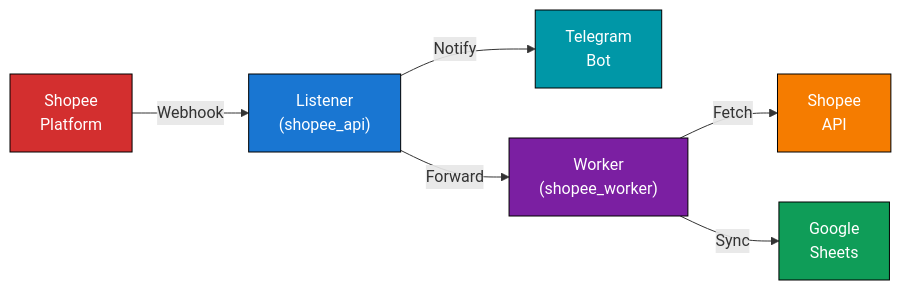
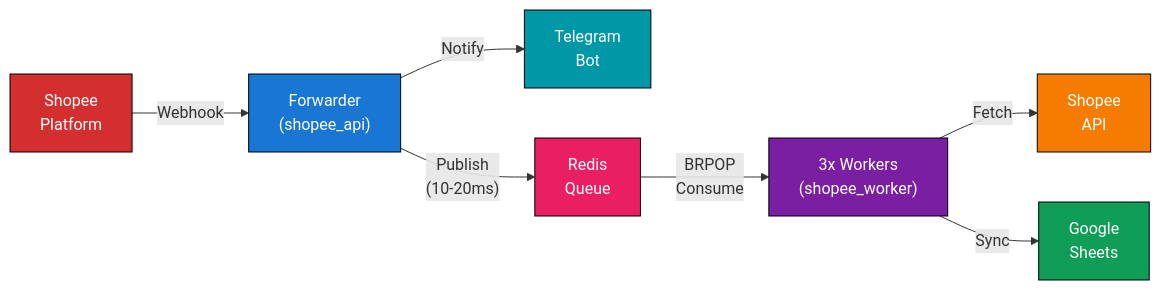
The first of 2 diagrams in README.md (xKeNcHii/shopee-webhook-receiver), drawn with Mermaid before and after one commit. The commit also changed other lines of this file and 18 other files, not shown here.

````diff
--- a/README.md
+++ b/README.md
@@ -29,15 +32,17 @@
 ```mermaid
 graph LR
-    A["Shopee<br/>Platform"] -->|Webhook| B["Listener<br/>(shopee_api)"]
+    A["Shopee<br/>Platform"] -->|Webhook| B["Forwarder<br/>(shopee_api)"]
     B -->|Notify| C["Telegram<br/>Bot"]
-    B -->|Forward| D["Worker<br/>(shopee_worker)"]
-    D -->|Fetch| E["Shopee<br/>API"]
-    D -->|Sync| F["Google<br/>Sheets"]
+    B -->|"Publish<br/>(10-20ms)"| D["Redis<br/>Queue"]
+    D -->|"BRPOP<br/>Consume"| E["3x Workers<br/>(shopee_worker)"]
+    E -->|Fetch| F["Shopee<br/>API"]
+    E -->|Sync| G["Google<br/>Sheets"]
 
     style A fill:#d32f2f,stroke:#000,color:#fff
     style B fill:#1976d2,stroke:#000,color:#fff
     style C fill:#0097a7,stroke:#000,color:#fff
-    style D fill:#7b1fa2,stroke:#000,color:#fff
-    style E fill:#f57c00,stroke:#000,color:#fff
-    style F fill:#0f9d58,stroke:#000,color:#fff
+    style D fill:#e91e63,stroke:#000,color:#fff
+    style E fill:#7b1fa2,stroke:#000,color:#fff
+    style F fill:#f57c00,stroke:#000,color:#fff
+    style G fill:#0f9d58,stroke:#000,color:#fff
 ```
````
